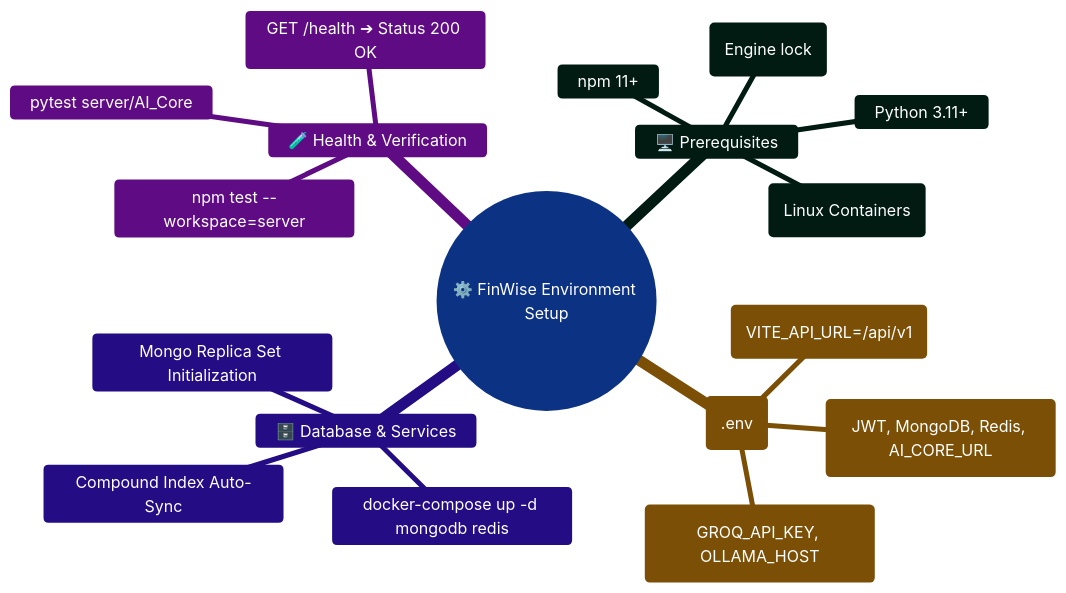
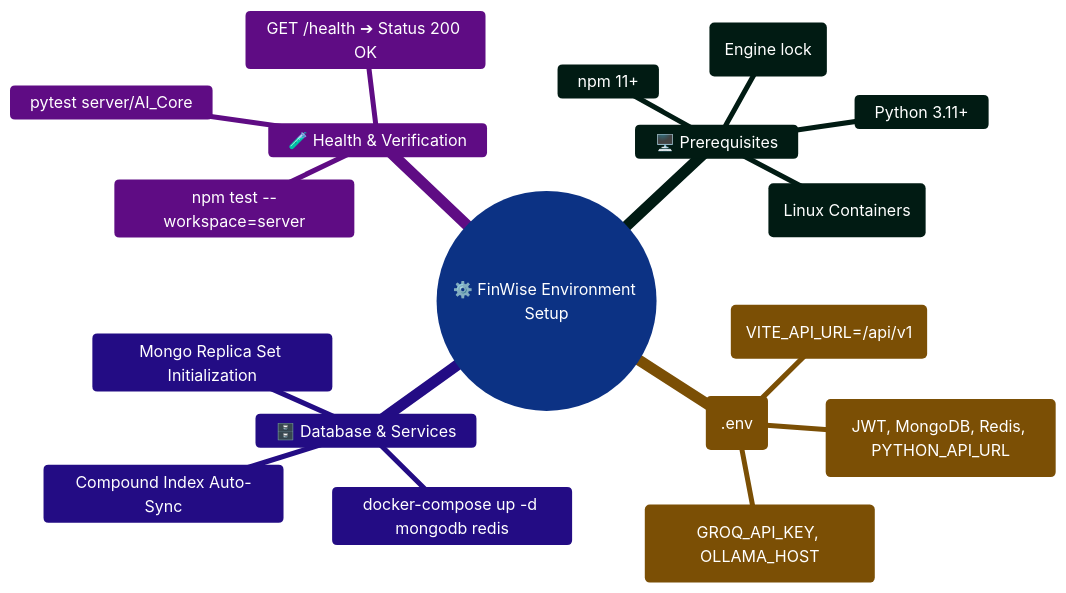
The diagram in docs/SETUP.md (Ganesh172919/personal-finance), drawn with Mermaid before and after one commit. The commit also changed other lines of this file and 1026 other files, not shown here.

````diff
--- a/docs/SETUP.md
+++ b/docs/SETUP.md
@@ -253,22 +274,22 @@
 ```mermaid
 %%{init: {'theme': 'base', 'themeVariables': { 'primaryColor': '#2563eb', 'primaryTextColor': '#ffffff', 'primaryBorderColor': '#1d4ed8', 'lineColor': '#8b5cf6', 'secondaryColor': '#059669', 'tertiaryColor': '#f59e0b'}}}%%
 mindmap
   root((⚙️ FinWise Environment Setup))
     🖥️ Prerequisites
       Node.js >=24.14.1 (Engine lock)
       npm 11+
       Python 3.11+
       Docker Desktop (Linux Containers)
     📦 Environment Files (.env)
-      server/.env (JWT, MongoDB, Redis, AI_CORE_URL)
+      server/.env (JWT, MongoDB, Redis, PYTHON_API_URL)
       client/.env (VITE_API_URL=/api/v1)
       server/AI_Core/.env (GROQ_API_KEY, OLLAMA_HOST)
     🗄️ Database & Services
       docker-compose up -d mongodb redis
       Mongo Replica Set Initialization
       Compound Index Auto-Sync
     🧪 Health & Verification
       npm test --workspace=server
       pytest server/AI_Core
       GET /health ➔ Status 200 OK
 ```
````
